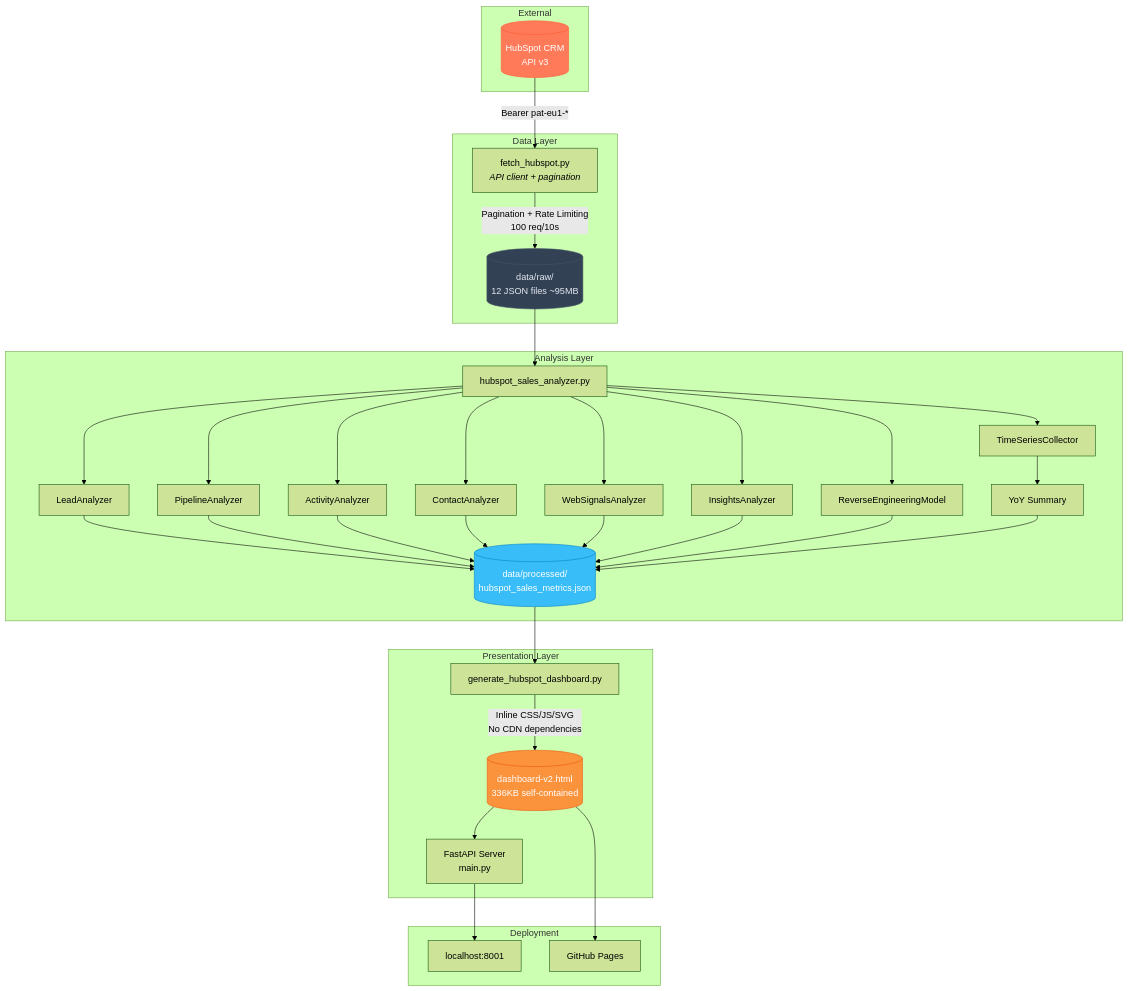
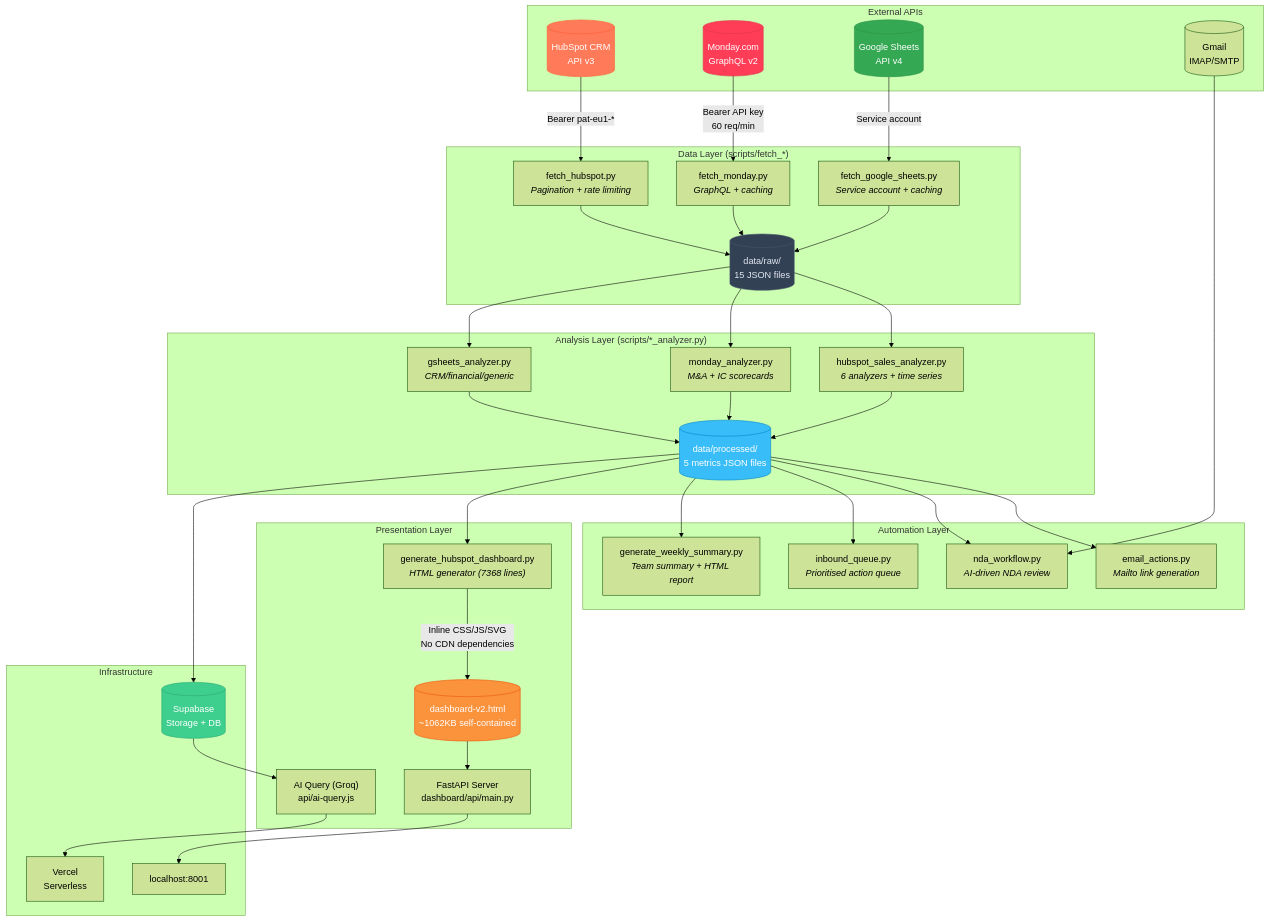
The first of 4 diagrams in HUBSPOT_DASHBOARD.md (caldonhenson-dotcom/annas-ai-hub), drawn with Mermaid (forest theme) before and after one commit. The commit also changed other lines of this file and 11 other files, not shown here.

First line of the commit message:
feat: Dashboard UX updates, Vercel config, GitHub workflows, and analyzer enhancements

````diff
--- a/HUBSPOT_DASHBOARD.md
+++ b/HUBSPOT_DASHBOARD.md
@@ -13,55 +13,69 @@
 ```mermaid
 flowchart TD
-    subgraph External
+    subgraph "External APIs"
         HS[("HubSpot CRM<br/>API v3")]
+        MON[("Monday.com<br/>GraphQL v2")]
+        GS[("Google Sheets<br/>API v4")]
+        GMAIL[("Gmail<br/>IMAP/SMTP")]
     end
 
-    subgraph "Data Layer"
-        FH["fetch_hubspot.py<br/><i>API client + pagination</i>"]
-        RAW[("data/raw/<br/>12 JSON files ~95MB")]
+    subgraph "Data Layer (scripts/fetch_*)"
+        FH["fetch_hubspot.py<br/><i>Pagination + rate limiting</i>"]
+        FM["fetch_monday.py<br/><i>GraphQL + caching</i>"]
+        FG["fetch_google_sheets.py<br/><i>Service account + caching</i>"]
+        RAW[("data/raw/<br/>15 JSON files")]
     end
 
-    subgraph "Analysis Layer"
-        SA["hubspot_sales_analyzer.py"]
-        LA["LeadAnalyzer"]
-        PA["PipelineAnalyzer"]
-        AA["ActivityAnalyzer"]
-        CA["ContactAnalyzer"]
-        WA["WebSignalsAnalyzer"]
-        IA["InsightsAnalyzer"]
-        RE["ReverseEngineeringModel"]
-        TS["TimeSeriesCollector"]
-        YOY["YoY Summary"]
-        PROC[("data/processed/<br/>hubspot_sales_metrics.json")]
+    subgraph "Analysis Layer (scripts/*_analyzer.py)"
+        SA["hubspot_sales_analyzer.py<br/><i>6 analyzers + time series</i>"]
+        MA["monday_analyzer.py<br/><i>M&A + IC scorecards</i>"]
+        GA["gsheets_analyzer.py<br/><i>CRM/financial/generic</i>"]
+        PROC[("data/processed/<br/>5 metrics JSON files")]
+    end
+
+    subgraph "Automation Layer"
+        EA["email_actions.py<br/><i>Mailto link generation</i>"]
+        NDA["nda_workflow.py<br/><i>AI-driven NDA review</i>"]
+        IQ["inbound_queue.py<br/><i>Prioritised action queue</i>"]
+        WS["generate_weekly_summary.py<br/><i>Team summary + HTML report</i>"]
     end
 
     subgraph "Presentation Layer"
-        GD["generate_hubspot_dashboard.py"]
-        HTML[("dashboard-v2.html<br/>336KB self-contained")]
-        FAPI["FastAPI Server<br/>main.py"]
+        GD["generate_hubspot_dashboard.py<br/><i>HTML generator (7368 lines)</i>"]
+        HTML[("dashboard-v2.html<br/>~1062KB self-contained")]
+        FAPI["FastAPI Server<br/>dashboard/api/main.py"]
+        AIQ["AI Query (Groq)<br/>api/ai-query.js"]
     end
 
-    subgraph "Deployment"
+    subgraph "Infrastructure"
+        SB[("Supabase<br/>Storage + DB")]
+        VC["Vercel<br/>Serverless"]
         LOCAL["localhost:8001"]
-        GHP["GitHub Pages"]
     end
 
     HS -->|"Bearer pat-eu1-*"| FH
-    FH -->|"Pagination + Rate Limiting<br/>100 req/10s"| RAW
+    MON -->|"Bearer API key<br/>60 req/min"| FM
+    GS -->|"Service account"| FG
+    FH & FM & FG --> RAW
 
-    RAW --> SA
-    SA --> LA & PA & AA & CA & WA & IA & RE & TS
-    TS --> YOY
-    LA & PA & AA & CA & WA & IA & RE & YOY --> PROC
+    RAW --> SA & MA & GA
+    SA & MA & GA --> PROC
 
+    PROC --> EA & NDA & IQ & WS
     PROC --> GD
     GD -->|"Inline CSS/JS/SVG<br/>No CDN dependencies"| HTML
 
     HTML --> FAPI --> LOCAL
-    HTML --> GHP
+    PROC --> SB
+    SB --> AIQ --> VC
+
+    GMAIL --> NDA
 
     style HS fill:#ff7a59,stroke:#ff5c35,color:#fff
+    style MON fill:#ff3d57,stroke:#e0354d,color:#fff
+    style GS fill:#34a853,stroke:#2d9249,color:#fff
     style HTML fill:#fb923c,stroke:#ea580c,color:#fff
     style PROC fill:#38bdf8,stroke:#0284c7,color:#fff
     style RAW fill:#334155,stroke:#475569,color:#e2e8f0
+    style SB fill:#3ecf8e,stroke:#2da873,color:#fff
 ```
````
